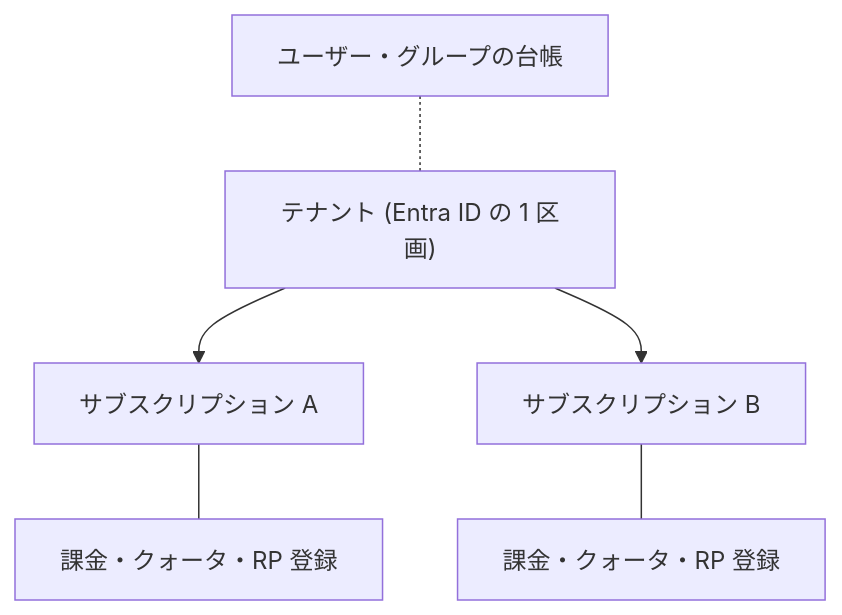
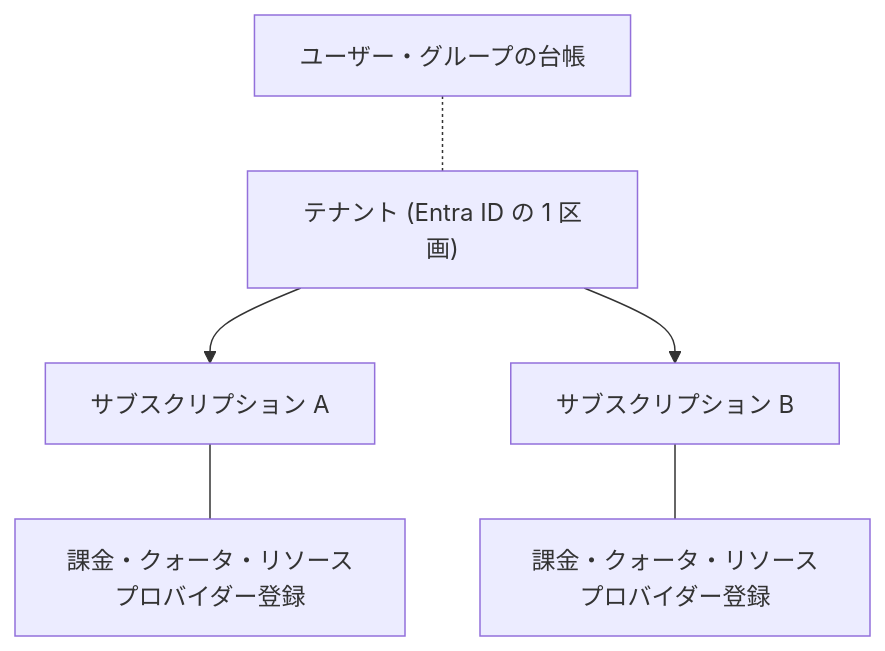
The diagram in manuscript/part1/01-tenant-and-subscription.md (engineers-hub-ltd-in-house-project/azure-practice), drawn with Mermaid before and after one commit. The commit also changed 2 other files, not shown here.

Commit message:
docs: 定義していない略語を排除する
第1章の図に RP 登録という略語が定義なしで出ていた。リソースプロバイダー登録と
書き下し、README の図は章タイトルに合わせて契約の境界とした。RBAC は第0章の
登場人物表で定義してから第2章以降で使う形にした。

「定義していない略語を使わない。図のラベルでも同じとする」を執筆規約に加えた。

````diff
--- a/manuscript/part1/01-tenant-and-subscription.md
+++ b/manuscript/part1/01-tenant-and-subscription.md
@@ -56,9 +56,9 @@
 ```mermaid
 flowchart TB
   T["テナント (Entra ID の 1 区画)"]
   T --> S1["サブスクリプション A"]
   T --> S2["サブスクリプション B"]
-  S1 --- B1["課金・クォータ・RP 登録"]
-  S2 --- B2["課金・クォータ・RP 登録"]
+  S1 --- B1["課金・クォータ・リソースプロバイダー登録"]
+  S2 --- B2["課金・クォータ・リソースプロバイダー登録"]
   U["ユーザー・グループの台帳"] -.- T
 ```
````
